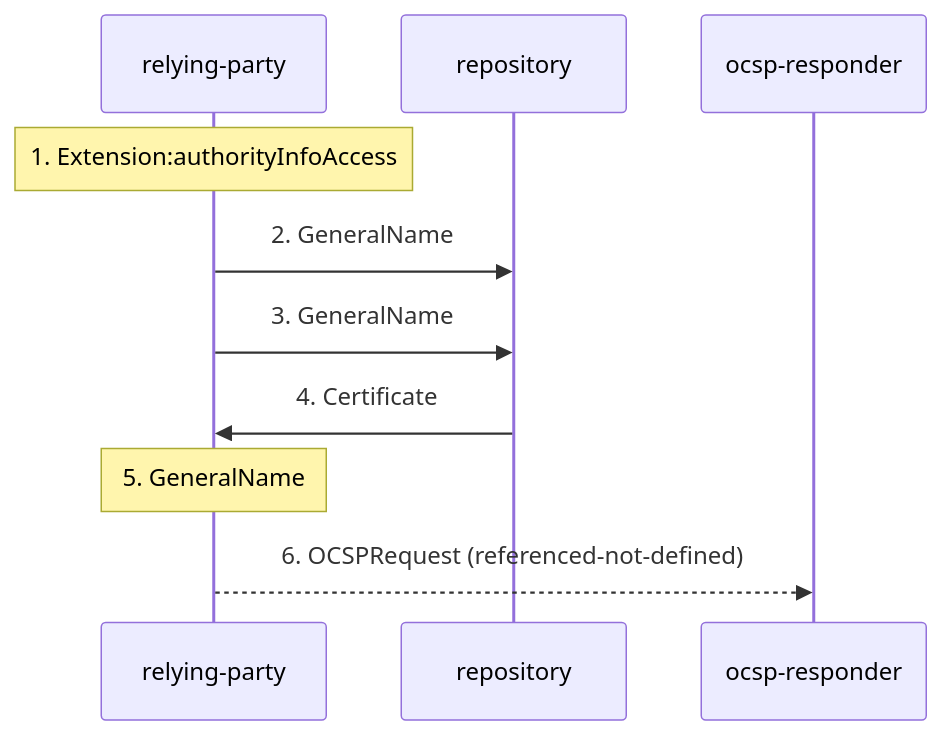
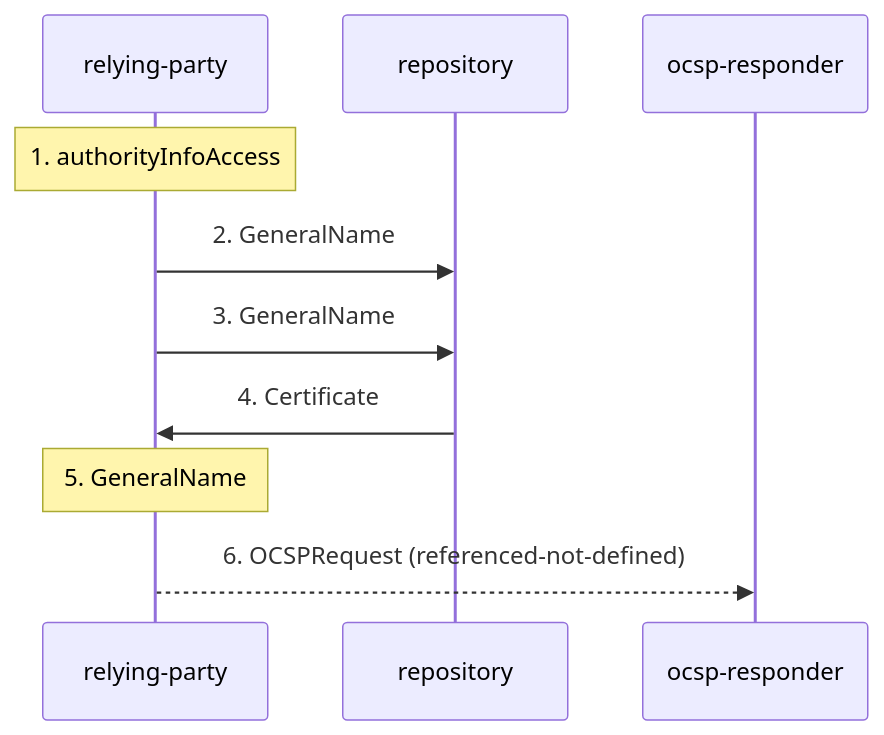
The sixth of 15 diagrams in records/ietf/rfc-5280/distilled/protocol.md (m-of-n/library), drawn with Mermaid before and after one commit. The commit also changed other lines of this file and 7 other files, not shown here.

````diff
--- a/records/ietf/rfc-5280/distilled/protocol.md
+++ b/records/ietf/rfc-5280/distilled/protocol.md
@@ -240,12 +240,12 @@
 ```mermaid
 sequenceDiagram
   participant relying_party as relying-party
   participant repository as repository
   participant ocsp_responder as ocsp-responder
-  Note over relying_party: 1. Extension:authorityInfoAccess
+  Note over relying_party: 1. authorityInfoAccess
   relying_party->>repository: 2. GeneralName
   relying_party->>repository: 3. GeneralName
   repository->>relying_party: 4. Certificate
   Note over relying_party: 5. GeneralName
   relying_party-->>ocsp_responder: 6. OCSPRequest (referenced-not-defined)
 ```
````
